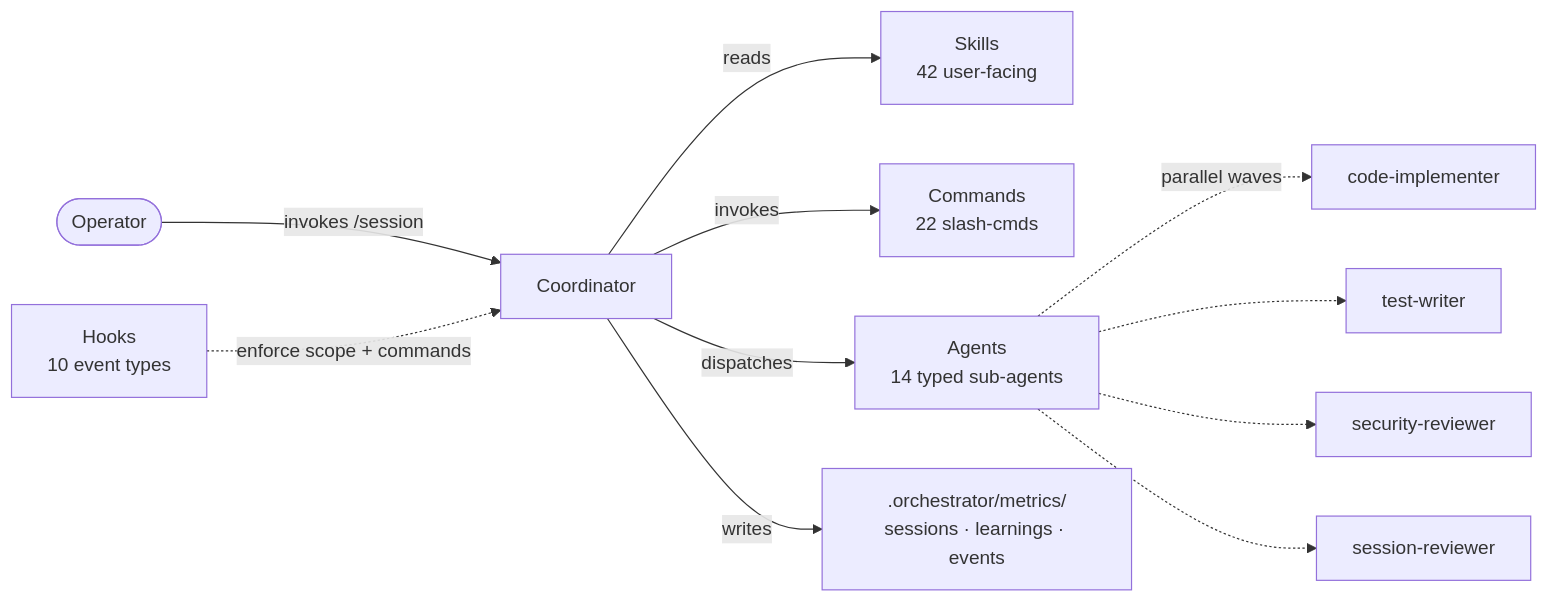
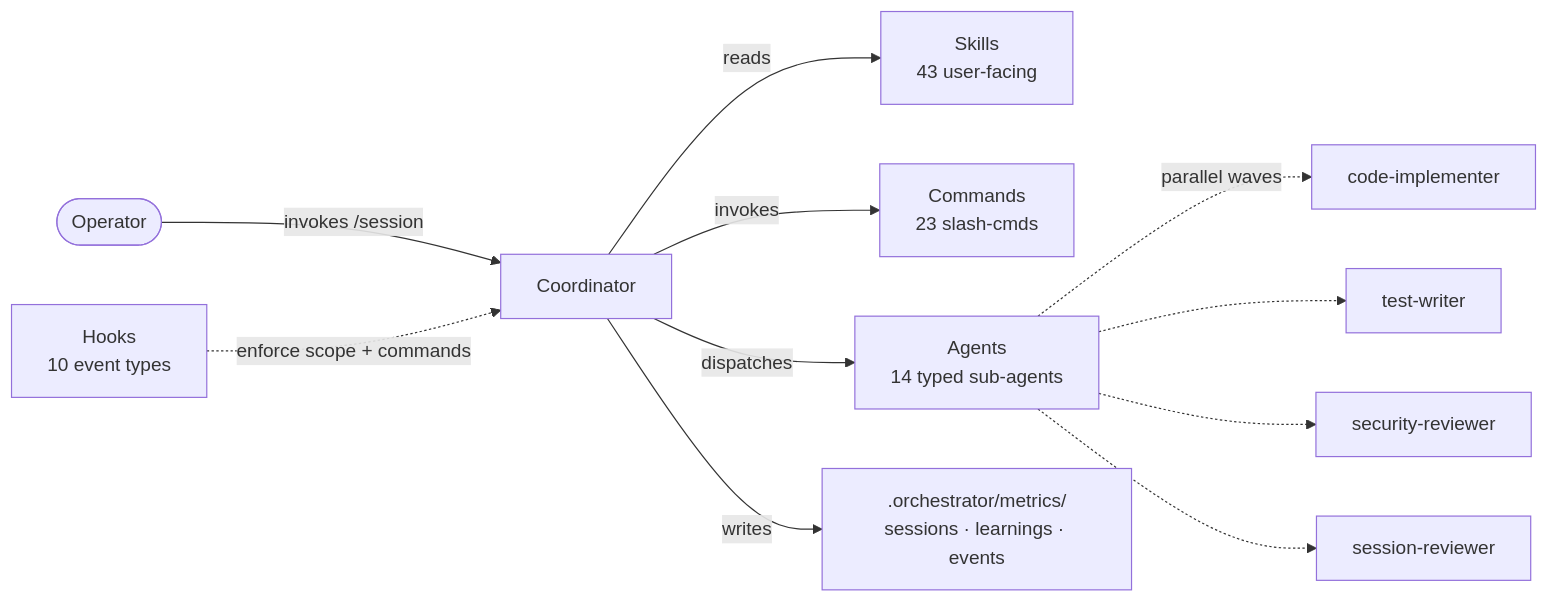
Before and after one commit to Kanevry/session-orchestrator: the diagram in docs/components.md, drawn with Mermaid. The commit also changed other lines of this file and 5 other files, not shown here.

````diff
--- a/docs/components.md
+++ b/docs/components.md
@@ -7,13 +7,13 @@
 ```mermaid
 flowchart LR
     USER([Operator]) -->|invokes /session| COORD[Coordinator]
-    COORD -->|reads| SK[Skills<br/>42 user-facing]
-    COORD -->|invokes| CMD[Commands<br/>22 slash-cmds]
+    COORD -->|reads| SK[Skills<br/>43 user-facing]
+    COORD -->|invokes| CMD[Commands<br/>23 slash-cmds]
     COORD -->|dispatches| AG[Agents<br/>14 typed sub-agents]
     AG -.->|parallel waves| W1[code-implementer]
     AG -.-> W2[test-writer]
     AG -.-> W3[security-reviewer]
     AG -.-> W4[session-reviewer]
     HOOK[Hooks<br/>10 event types] -.->|enforce scope + commands| COORD
     COORD -->|writes| METRIC[.orchestrator/metrics/<br/>sessions · learnings · events]
 ```
````
